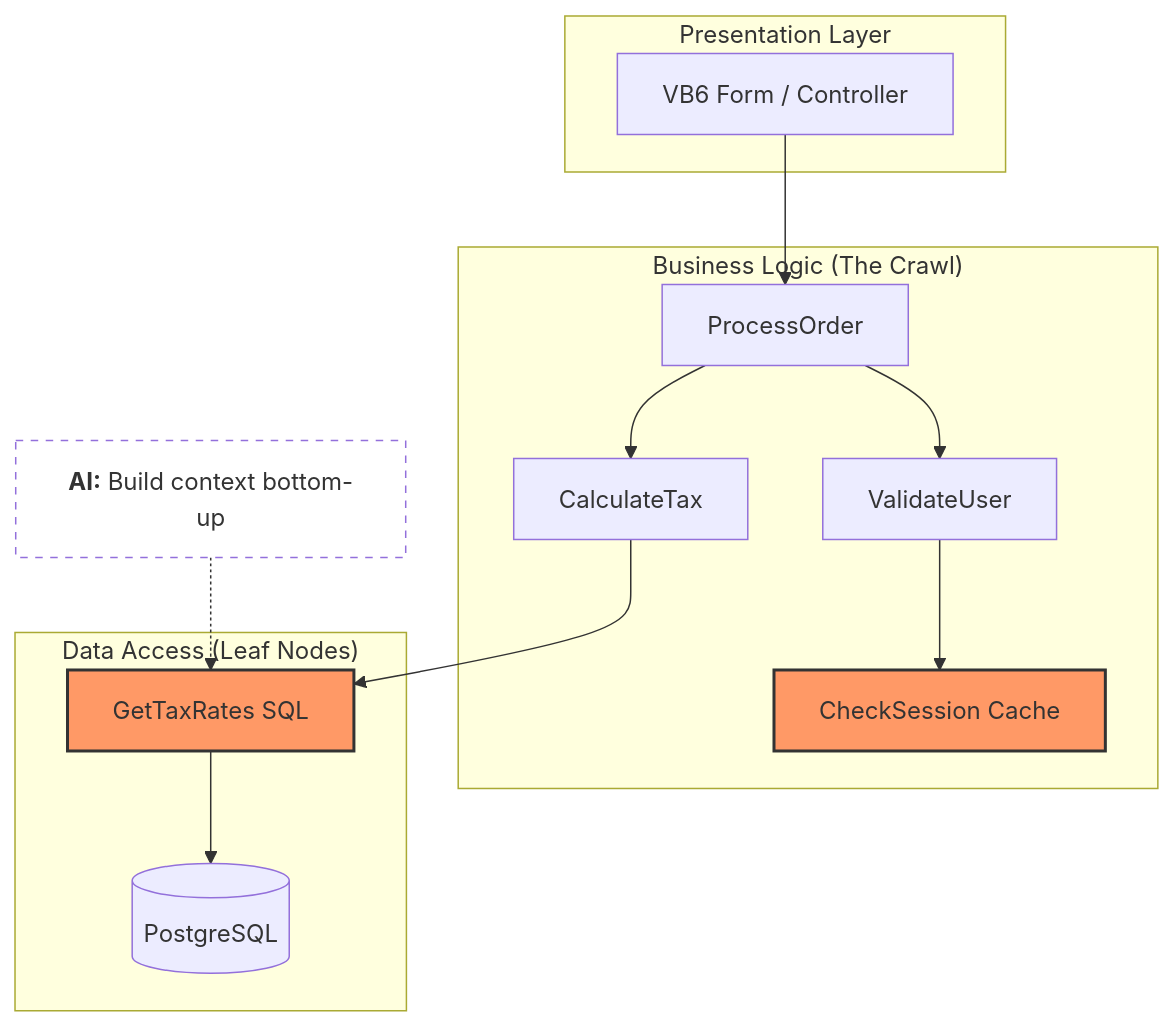
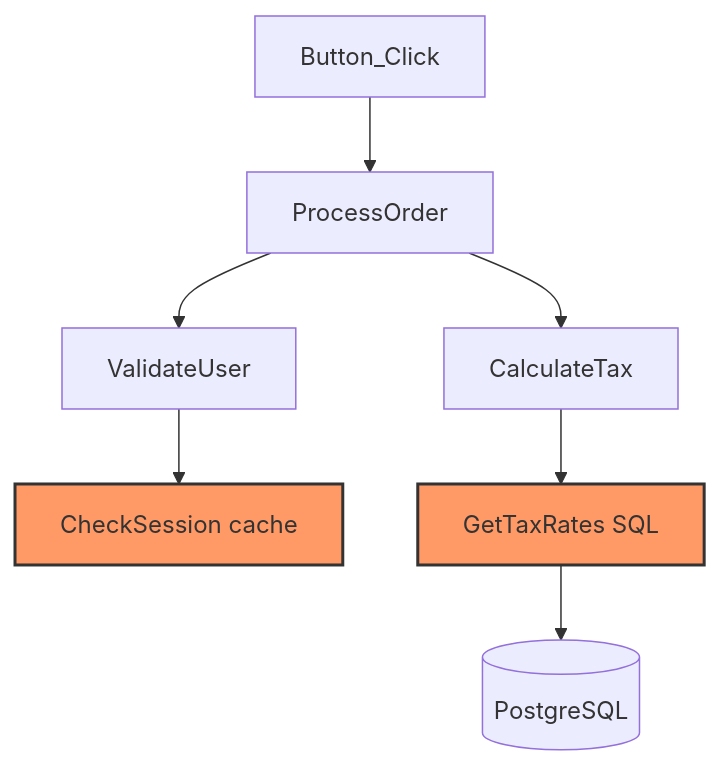
The diagram in webapp/src/content/blog/legacy_migration_graph_engine.md (AB-Law/portfolio), drawn with Mermaid before and after one commit. The commit also changed other lines of this file and 10 other files, not shown here.

````diff
--- a/webapp/src/content/blog/legacy_migration_graph_engine.md
+++ b/webapp/src/content/blog/legacy_migration_graph_engine.md
@@ -123,27 +48,12 @@
 ```mermaid
 graph TD
-    subgraph Presentation ["Presentation Layer"]
-        UI[VB6 Form / Controller]
-    end
+    UI[Button_Click] --> A[ProcessOrder]
+    A --> B[ValidateUser]
+    A --> C[CalculateTax]
+    B --> L1[CheckSession cache]
+    C --> L2[GetTaxRates SQL]
+    L2 --> DB[(PostgreSQL)]
 
-    subgraph Logic ["Business Logic (The Crawl)"]
-        UI --> FuncA[ProcessOrder]
-        FuncA --> FuncB[ValidateUser]
-        FuncA --> FuncC[CalculateTax]
-        FuncB --> Leaf1[CheckSession Cache]
-    end
-
-    subgraph Data ["Data Access (Leaf Nodes)"]
-        FuncC --> Leaf2[GetTaxRates SQL]
-        Leaf2 --> DB[(PostgreSQL)]
-    end
-
-    %% Highlighting Leaf Nodes
-    style Leaf1 fill:#f96,stroke:#333,stroke-width:2px
-    style Leaf2 fill:#f96,stroke:#333,stroke-width:2px
-
-    %% Using a stylized node instead of a Note
-    Annotation[<b>AI:</b> Build context bottom-up]
-    Annotation -.-> Leaf2
-    style Annotation fill:#fff,stroke-dasharray: 5 5
+    style L1 fill:#f96,stroke:#333,stroke-width:2px
+    style L2 fill:#f96,stroke:#333,stroke-width:2px
 ```
````
